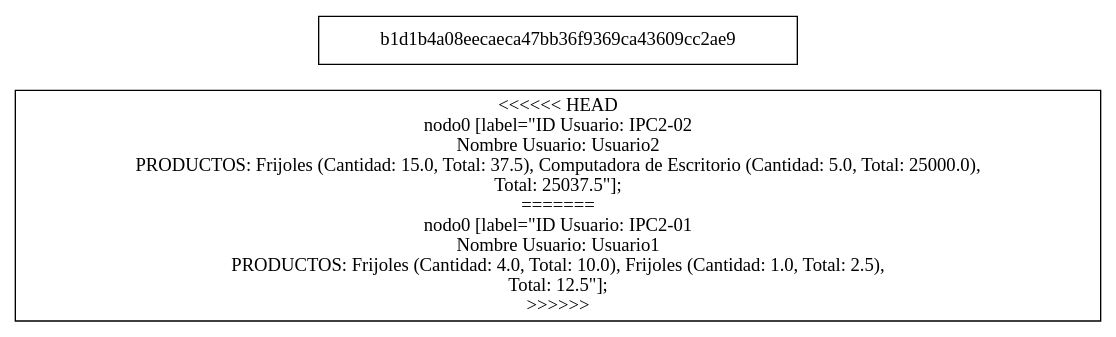
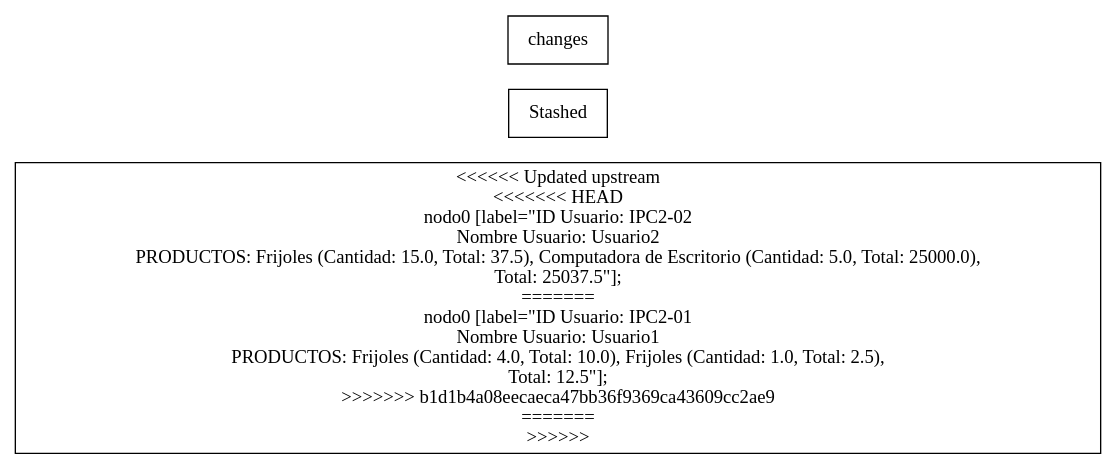
Before and after one commit to MarceJua/IPC2_ProyectoVJ2024_14: the diagram in reportesdot/cola.dot, drawn with Graphviz. The commit also changed 15 other files, not shown here.

```diff
--- a/reportesdot/cola.dot
+++ b/reportesdot/cola.dot
@@ -1,15 +1,18 @@
 digraph G {
 rankdir=LR;
 node [shape=record];
+<<<<<<< Updated upstream
 <<<<<<< HEAD
 nodo0 [label="ID Usuario: IPC2-02
 Nombre Usuario: Usuario2
 PRODUCTOS: Frijoles (Cantidad: 15.0, Total: 37.5), Computadora de Escritorio (Cantidad: 5.0, Total: 25000.0), 
 Total: 25037.5"];
 =======
 nodo0 [label="ID Usuario: IPC2-01
 Nombre Usuario: Usuario1
 PRODUCTOS: Frijoles (Cantidad: 4.0, Total: 10.0), Frijoles (Cantidad: 1.0, Total: 2.5), 
 Total: 12.5"];
 >>>>>>> b1d1b4a08eecaeca47bb36f9369ca43609cc2ae9
+=======
+>>>>>>> Stashed changes
 }
```
